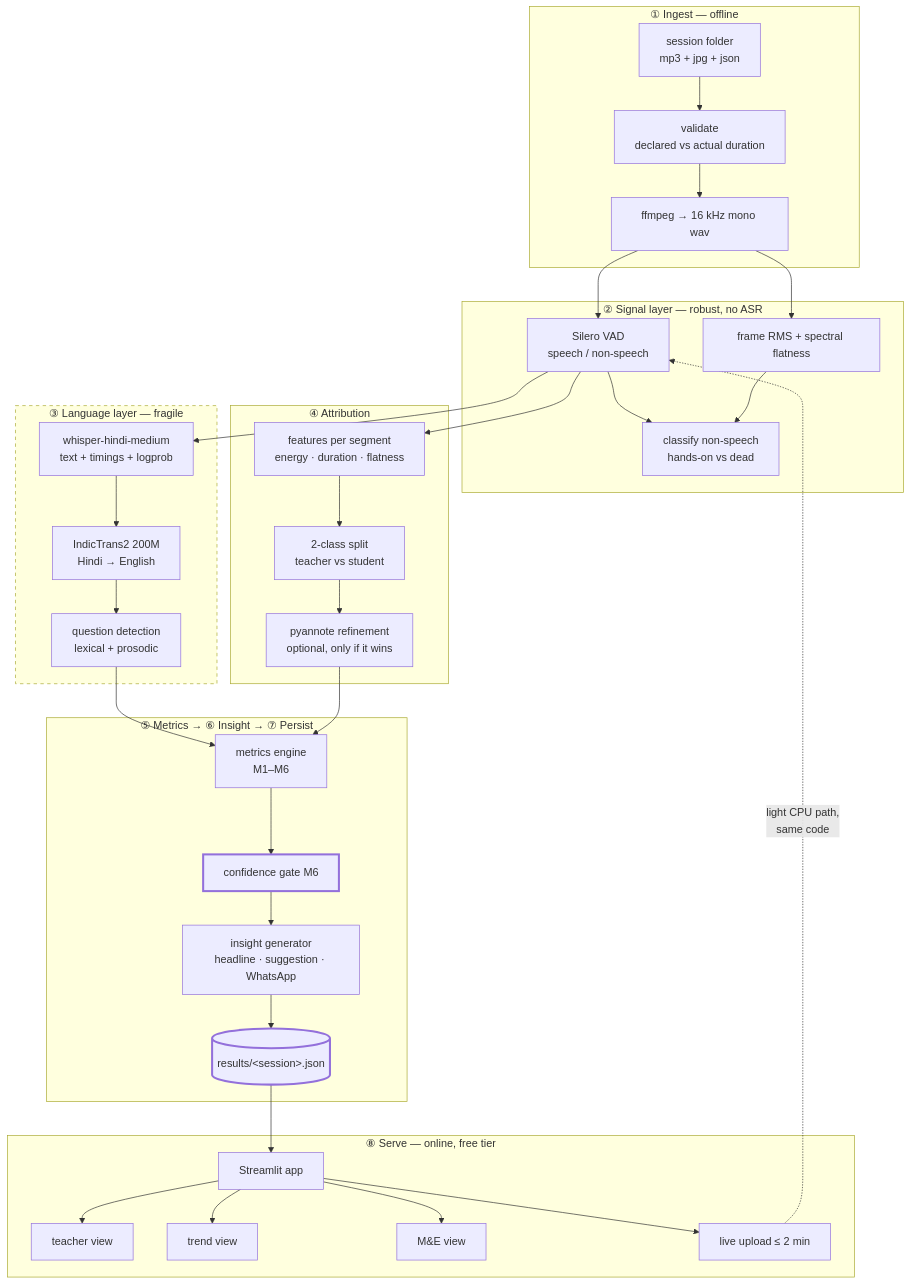
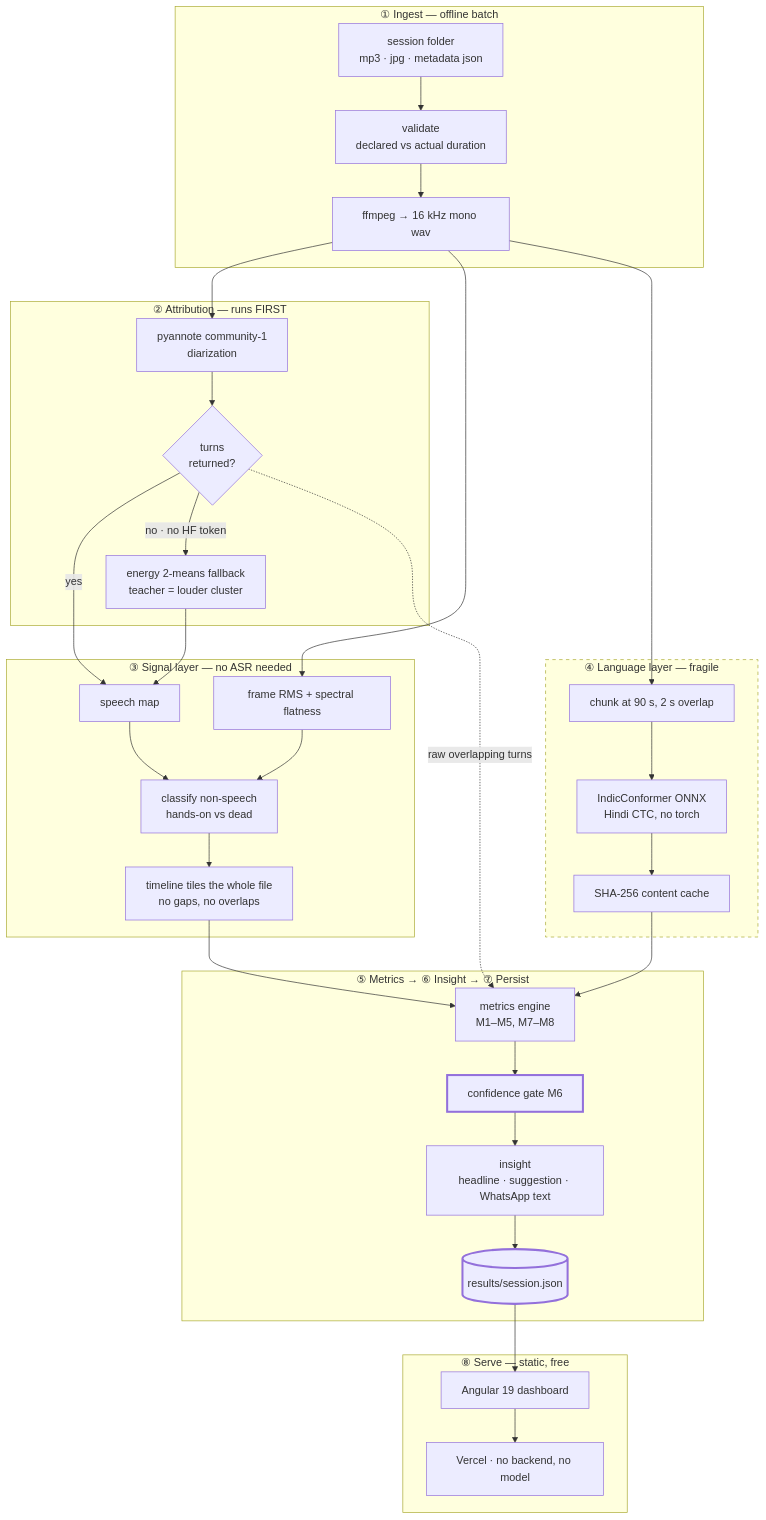
The first of 5 diagrams in docs/architecture.md (Hisham1404/Classroom-analyser), drawn with Mermaid before and after one commit. The commit also changed other lines of this file and 18 other files, not shown here.

````diff
--- a/docs/architecture.md
+++ b/docs/architecture.md
@@ -27,61 +31,61 @@
 ```mermaid
 flowchart TB
-    subgraph INGEST["① Ingest — offline"]
-        A1["session folder<br/>mp3 + jpg + json"]
+    subgraph ING["① Ingest — offline batch"]
+        A1["session folder<br/>mp3 · jpg · metadata json"]
         A2["validate<br/>declared vs actual duration"]
         A3["ffmpeg → 16 kHz mono wav"]
         A1 --> A2 --> A3
     end
 
-    subgraph SIGNAL["② Signal layer — robust, no ASR"]
-        B1["Silero VAD<br/>speech / non-speech"]
+    subgraph ATT["② Attribution — runs FIRST"]
+        D1["pyannote community-1<br/>diarization"]
+        D2{"turns<br/>returned?"}
+        D3["energy 2-means fallback<br/>teacher = louder cluster"]
+        D1 --> D2
+        D2 -->|"no · no HF token"| D3
+    end
+
+    subgraph SIG["③ Signal layer — no ASR needed"]
+        B1["speech map"]
         B2["frame RMS + spectral flatness"]
         B3["classify non-speech<br/>hands-on vs dead"]
+        B4["timeline tiles the whole file<br/>no gaps, no overlaps"]
         B1 --> B3
-        B2 --> B3
+        B2 --> B3 --> B4
     end
 
-    subgraph ASR["③ Language layer — fragile"]
-        C1["whisper-hindi-medium<br/>text + timings + logprob"]
-        C2["IndicTrans2 200M<br/>Hindi → English"]
-        C3["question detection<br/>lexical + prosodic"]
-        C1 --> C2 --> C3
-    end
-
-    subgraph ATTR["④ Attribution"]
-        D1["features per segment<br/>energy · duration · flatness"]
-        D2["2-class split<br/>teacher vs student"]
-        D3["pyannote refinement<br/>optional, only if it wins"]
-        D1 --> D2 --> D3
+    subgraph ASR["④ Language layer — fragile"]
+        C2["chunk at 90 s, 2 s overlap"]
+        C1["IndicConformer ONNX<br/>Hindi CTC, no torch"]
+        C3["SHA-256 content cache"]
+        C2 --> C1 --> C3
     end
 
     subgraph OUT["⑤ Metrics → ⑥ Insight → ⑦ Persist"]
-        E1["metrics engine<br/>M1–M6"]
+        E1["metrics engine<br/>M1–M5, M7–M8"]
         E2["confidence gate M6"]
-        E3["insight generator<br/>headline · suggestion · WhatsApp"]
-        E4[("results/&lt;session&gt;.json")]
+        E3["insight<br/>headline · suggestion · WhatsApp text"]
+        E4[("results/session.json")]
         E1 --> E2 --> E3 --> E4
     end
 
-    subgraph SERVE["⑧ Serve — online, free tier"]
-        F1["Streamlit app"]
-        F2["teacher view"]
-        F3["trend view"]
-        F4["M&amp;E view"]
-        F5["live upload ≤ 2 min"]
-        F1 --> F2 & F3 & F4 & F5
+    subgraph SRV["⑧ Serve — static, free"]
+        F1["Angular 19 dashboard"]
+        F2["Vercel · no backend, no model"]
+        F1 --> F2
     end
 
-    A3 --> B1
+    A3 --> D1
     A3 --> B2
-    B1 --> C1
-    B1 --> D1
+    A3 --> C2
+    D2 -->|"yes"| B1
+    D3 --> B1
+    B4 --> E1
+    D2 -.->|"raw overlapping turns"| E1
     C3 --> E1
-    D3 --> E1
     E4 --> F1
-    F5 -.->|"light CPU path,<br/>same code"| B1
 
     style ASR stroke-dasharray: 5 5
     style E2 stroke-width:3px
     style E4 stroke-width:3px
 ```
````
